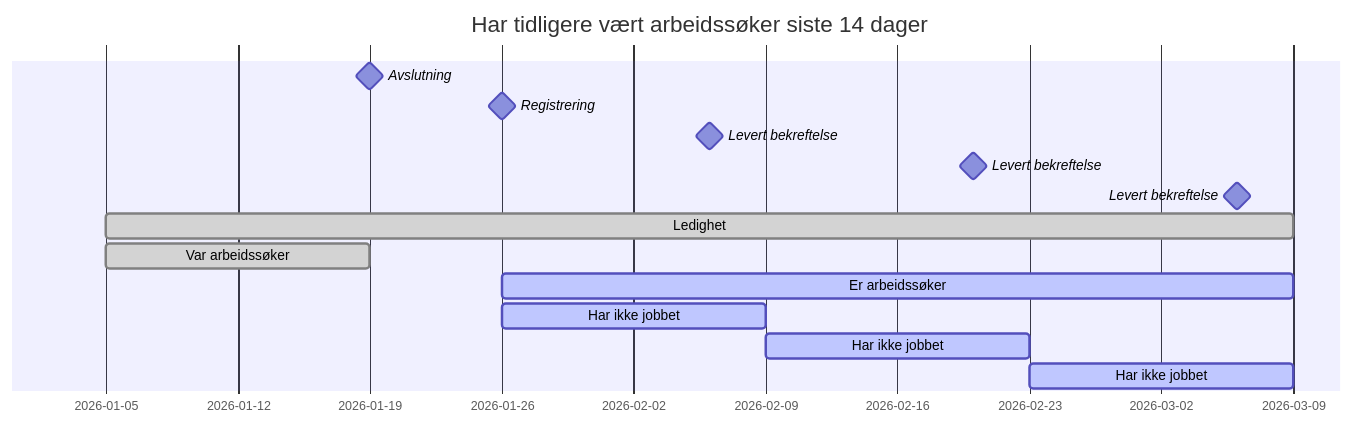
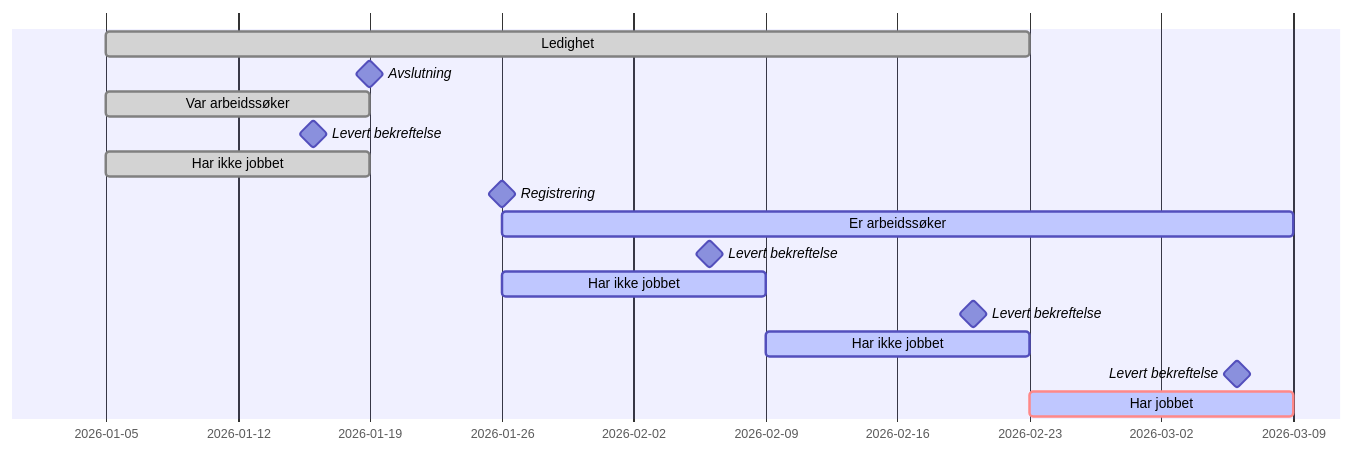
The fourth of 5 diagrams in app/kartlegging-api/README.md (navikt/paw-rust-monorepo), drawn with Mermaid before and after one commit. The commit also changed other lines of this file, not shown here.

````diff
--- a/app/kartlegging-api/README.md
+++ b/app/kartlegging-api/README.md
@@ -116,19 +77,19 @@
 ```mermaid
 gantt
-    title Har tidligere vært arbeidssøker siste 14 dager
-    dateFormat  YYYY-MM-DD
+    dateFormat YYYY-MM-DD
     tickInterval 1week
     weekday monday
-
+    Ledighet: done, 2026-01-05, 49d
     Avslutning: milestone, 2026-01-19, 1m
+    Var arbeidssøker: done, 2026-01-05, 14d
+    Levert bekreftelse: milestone, 2026-01-16, 1m
+    Har ikke jobbet: done, 2026-01-05, 14d
     Registrering: milestone, 2026-01-26, 1m
+    Er arbeidssøker: active, 2026-01-26, 42d
     Levert bekreftelse: milestone, 2026-02-06, 1m
+    Har ikke jobbet: active, 2026-01-26, 14d
     Levert bekreftelse: milestone, 2026-02-20, 1m
+    Har ikke jobbet: active, 2026-02-09, 14d
     Levert bekreftelse: milestone, 2026-03-06, 1m
-    Ledighet: done, 2026-01-05, 63d
-    Var arbeidssøker: done, 2026-01-05, 14d
-    Er arbeidssøker: active, 2026-01-26, 42d
-    Har ikke jobbet: active, 2026-01-26, 14d
-    Har ikke jobbet: active, 2026-02-09, 14d
-    Har ikke jobbet: active, 2026-02-23, 14d
+    Har jobbet: crit, active, 2026-02-23, 14d
 ```
````
